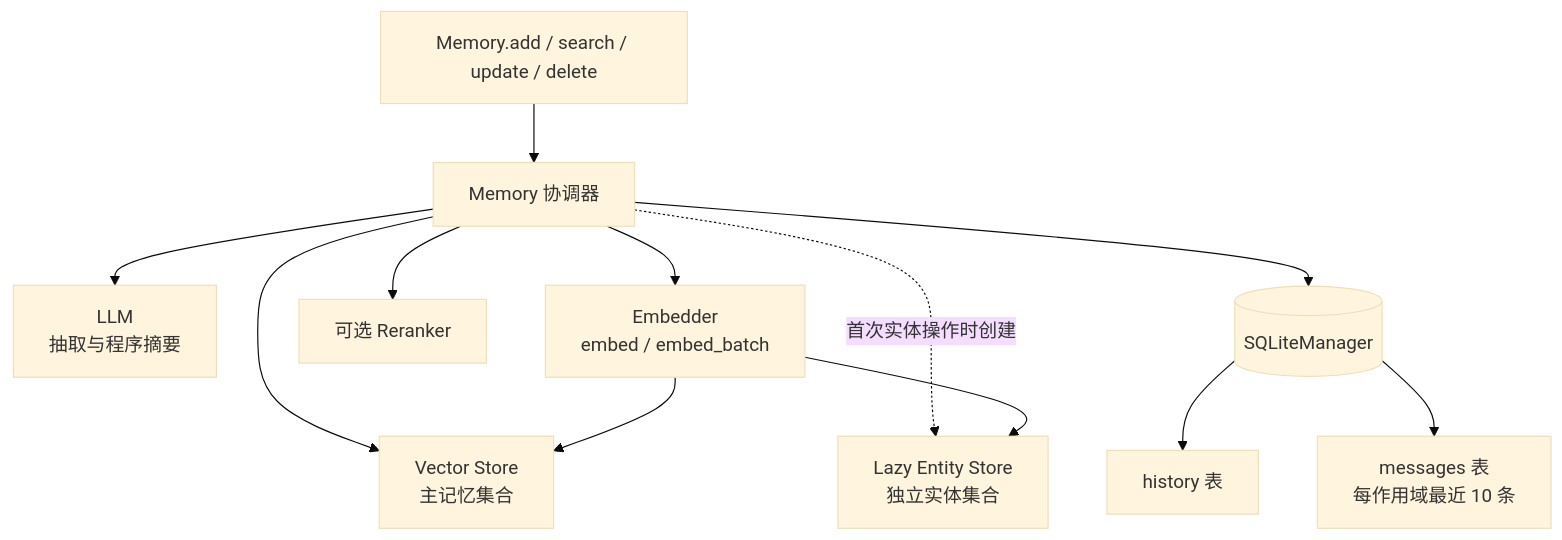
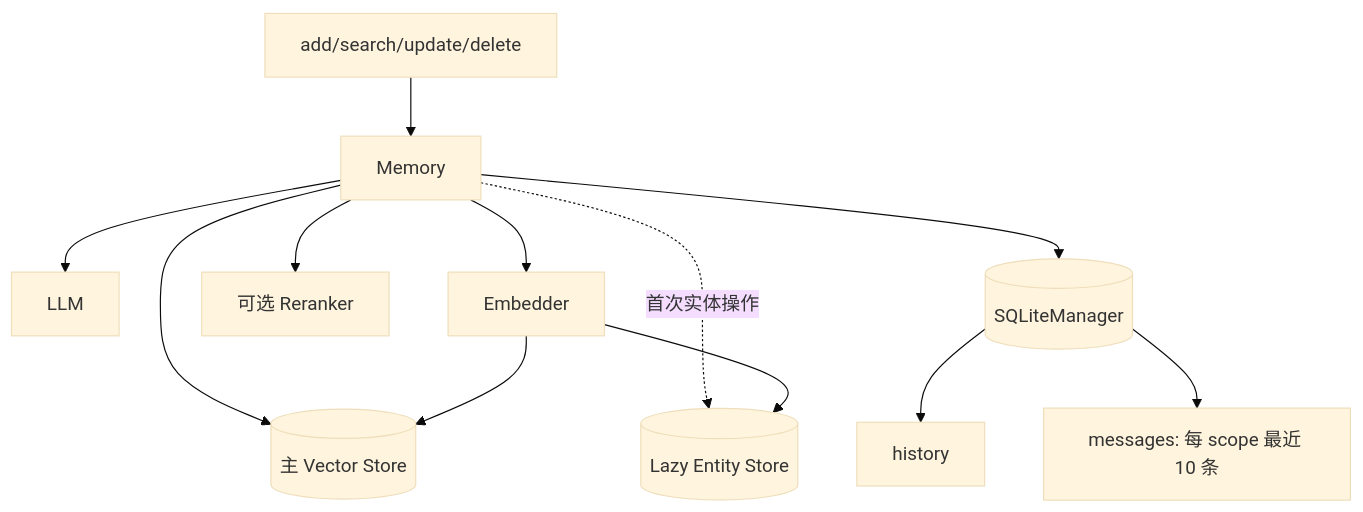
Before and after one commit to StevenLZM/mem0: the sixth of 8 diagrams in docs/learning/mem0-memory-system-design.zh-CN.md, drawn with Mermaid (base theme). The commit also changed other lines of this file, not shown here.

Commit message:
docs: refine memory system foundations

````diff
--- a/docs/learning/mem0-memory-system-design.zh-CN.md
+++ b/docs/learning/mem0-memory-system-design.zh-CN.md
@@ -365,14 +336,14 @@
 ```mermaid
 flowchart TB
-    API[Memory.add / search / update / delete] --> M[Memory 协调器]
-    M --> LLM[LLM<br/>抽取与程序摘要]
-    M --> EMB[Embedder<br/>embed / embed_batch]
-    M --> VS[Vector Store<br/>主记忆集合]
-    M --> RR[可选 Reranker]
-    M --> SQL[(SQLiteManager)]
-    SQL --> H[history 表]
-    SQL --> MSG[messages 表<br/>每作用域最近 10 条]
-    M -.首次实体操作时创建.-> ES[Lazy Entity Store<br/>独立实体集合]
-    EMB --> VS
-    EMB --> ES
+    API[add/search/update/delete] --> M[Memory]
+    M --> L[LLM]
+    M --> E[Embedder]
+    M --> V[(主 Vector Store)]
+    M --> R[可选 Reranker]
+    M --> Q[(SQLiteManager)]
+    Q --> H[history]
+    Q --> MSG[messages: 每 scope 最近 10 条]
+    M -.首次实体操作.-> ES[(Lazy Entity Store)]
+    E --> V
+    E --> ES
 ```
````
